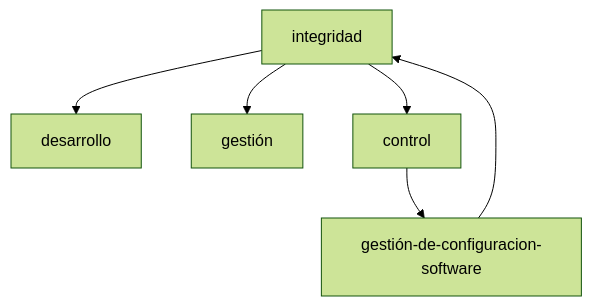
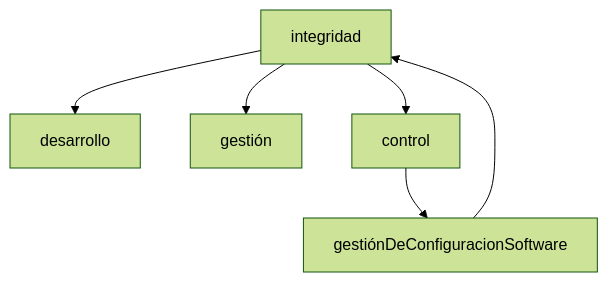
The diagram in Q5/XP/Tema 4/Introducción a la GCS.md (ivanaf03/Apuntes-Obsidian), drawn with Mermaid (forest theme) before and after one commit. The commit also changed other lines of this file, not shown here.

Commit message:
Updated file: Q5/XP/Tema 4/Introducción a la GCS.md

````diff
--- a/Q5/XP/Tema 4/Introducción a la GCS.md
+++ b/Q5/XP/Tema 4/Introducción a la GCS.md
@@ -4,9 +4,9 @@
 ``` mermaid
 graph TD;
   integridad --> desarrollo;
   integridad --> gestión;
   integridad --> control;
-  control --> gestión-de-configuracion-software;
-  gestión-de-configuracion-software --> integridad;
+  control --> gestiónDeConfiguracionSoftware;
+  gestiónDeConfiguracionSoftware --> integridad;
 
 ```
````
